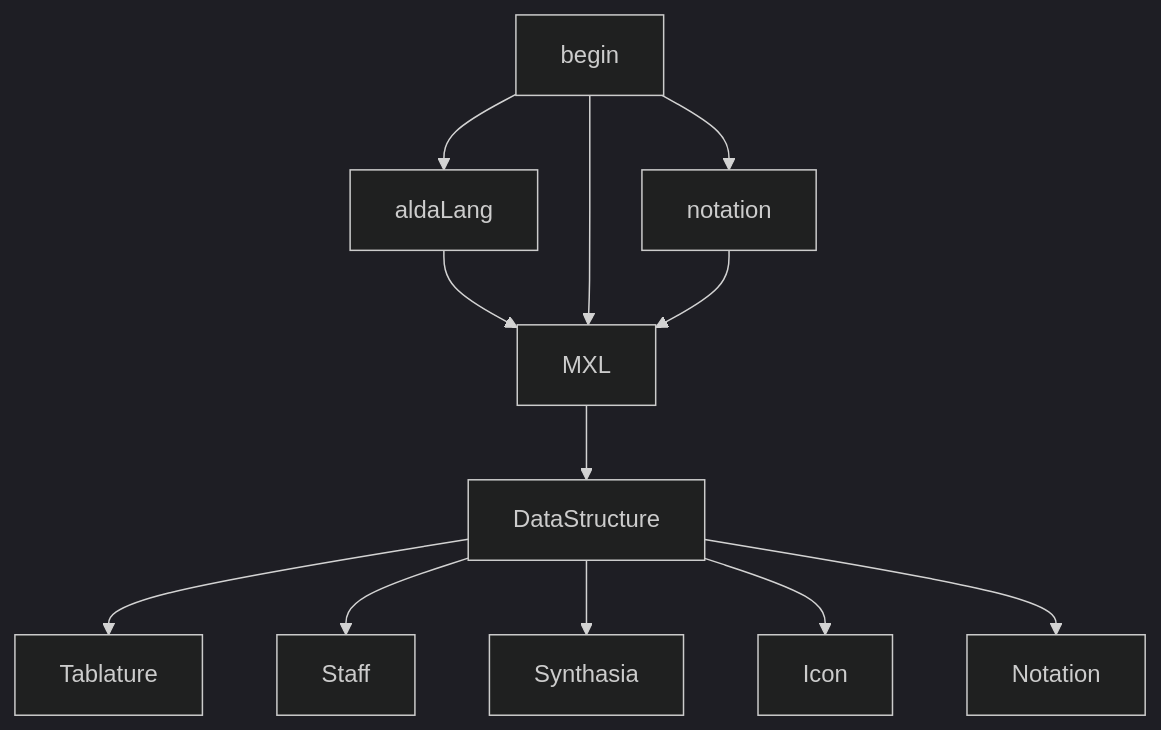
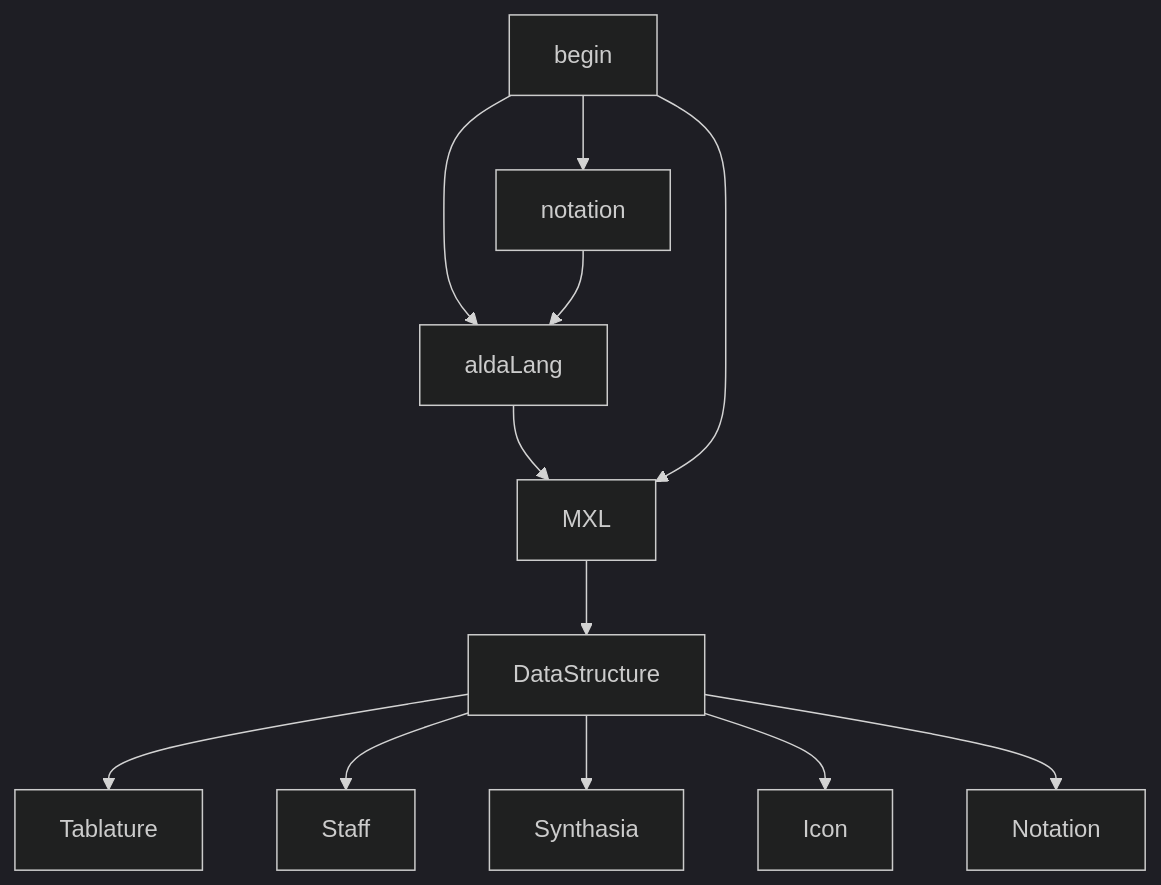
The diagram in Utility/README.md (PartiallyOrderedMagic/-app-), drawn with Mermaid (dark theme) before and after one commit.

````diff
--- a/Utility/README.md
+++ b/Utility/README.md
@@ -23,20 +23,20 @@
 ```mermaid
 
 graph TD;
     begin --> aldaLang;
     aldaLang --> MXL;    
     
     begin --> MXL;
     
     MXL --> DataStructure;
    
     begin --> notation;
-    notation --> MXL;
+    notation --> aldaLang;
 
     DataStructure --> Tablature;
     DataStructure --> Staff;
     DataStructure --> Synthasia;
     DataStructure --> Icon;
     DataStructure --> Notation;
 
 ```
````
